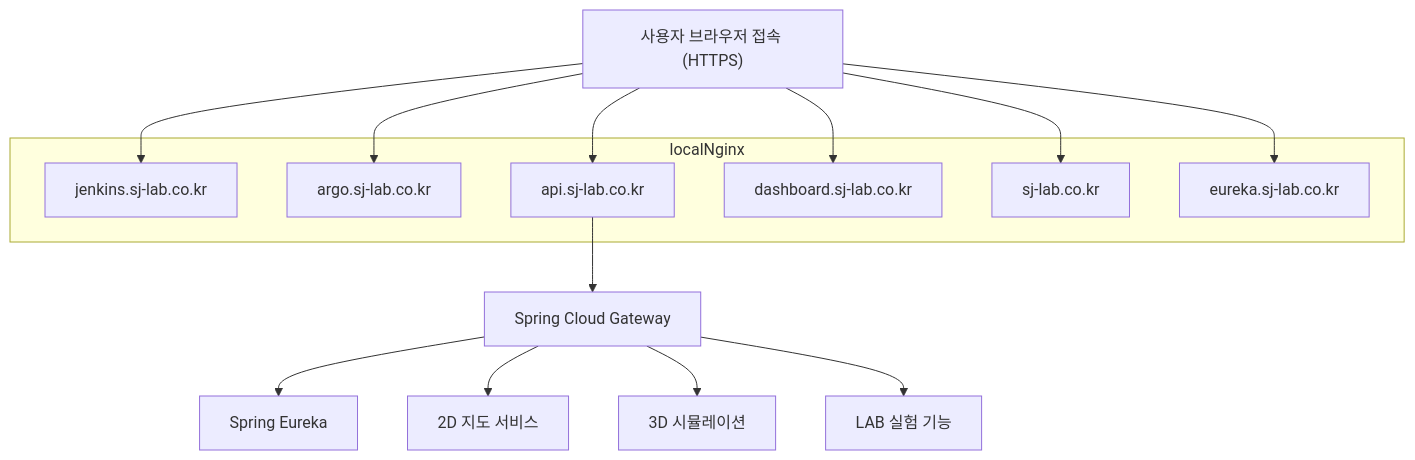
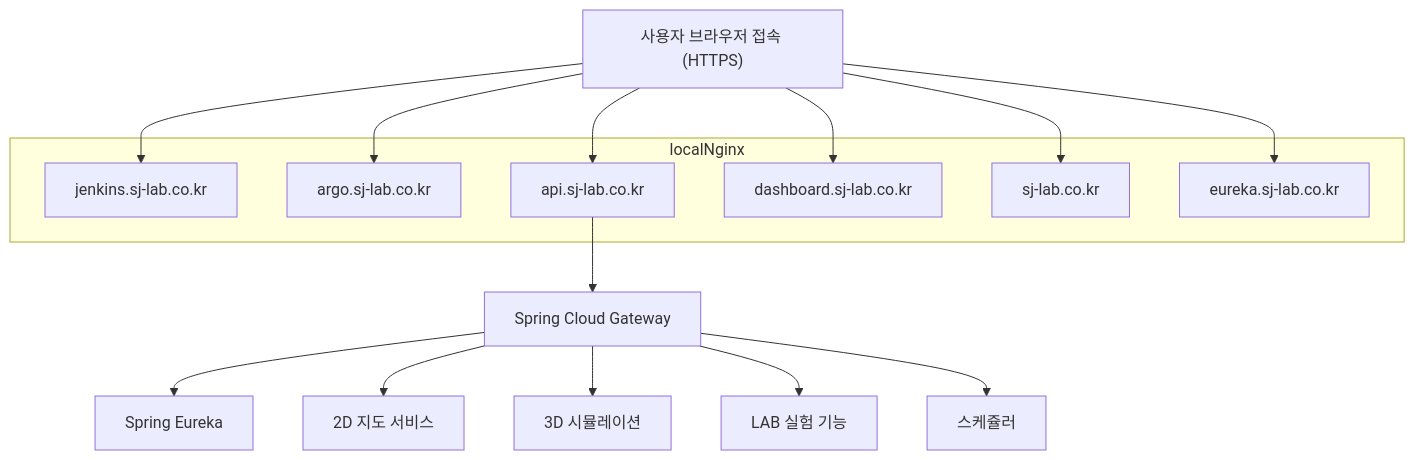
One commit to stylealist/sj-lab changed the second of 2 diagrams in README.md. Above: the diagram before and after it, drawn with Mermaid.

````diff
--- a/README.md
+++ b/README.md
@@ -116,32 +116,34 @@
 ```mermaid
 graph TD
 
   %% subgraph는 항상 먼저 선언
   subgraph localNginx
     jenkins[jenkins.sj-lab.co.kr]
     argo[argo.sj-lab.co.kr]
     api[api.sj-lab.co.kr]
     dashboard[dashboard.sj-lab.co.kr]
     web[sj-lab.co.kr]
     eureka[eureka.sj-lab.co.kr]
   end
 
   user["사용자 브라우저 접속 (HTTPS)"]
   gateway["Spring Cloud Gateway"]
   registry["Spring Eureka"]
   service1["2D 지도 서비스"]
   service2["3D 시뮬레이션"]
   service3["LAB 실험 기능"]
+  service4["스케쥴러"]
 
   user --> jenkins
   user --> argo
   user --> eureka
   user --> dashboard
   user --> web
   user --> api
 
   api --> gateway --> registry
   gateway --> service1
   gateway --> service2
   gateway --> service3
+  gateway --> service4
 ```
````
